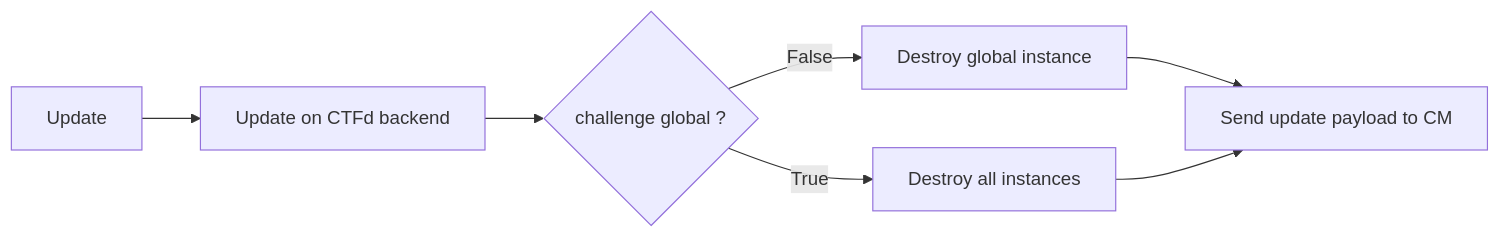
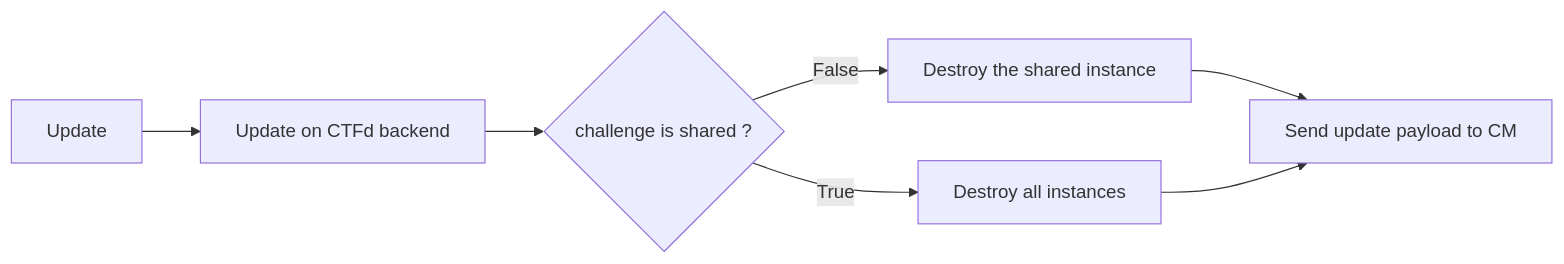
The diagram in webdocs/guides/change-attribute/_index.md (ctfer-io/ctfd-chall-manager), drawn with Mermaid before and after one commit. The commit also changed other lines of this file and 23 other files, not shown here.

````diff
--- a/webdocs/guides/change-attribute/_index.md
+++ b/webdocs/guides/change-attribute/_index.md
@@ -30,10 +30,10 @@
 ```mermaid
 flowchart LR
     A[Update] --> B
     B[Update on CTFd backend] --> C 
-    C{challenge global ?} 
+    C{challenge is shared ?} 
     C -->|True|F[Destroy all instances]
-    C -->|False| E[Destroy global instance] 
+    C -->|False| E[Destroy the shared instance] 
     E --> H[Send update payload to CM]
     F --> H
 ```
````
